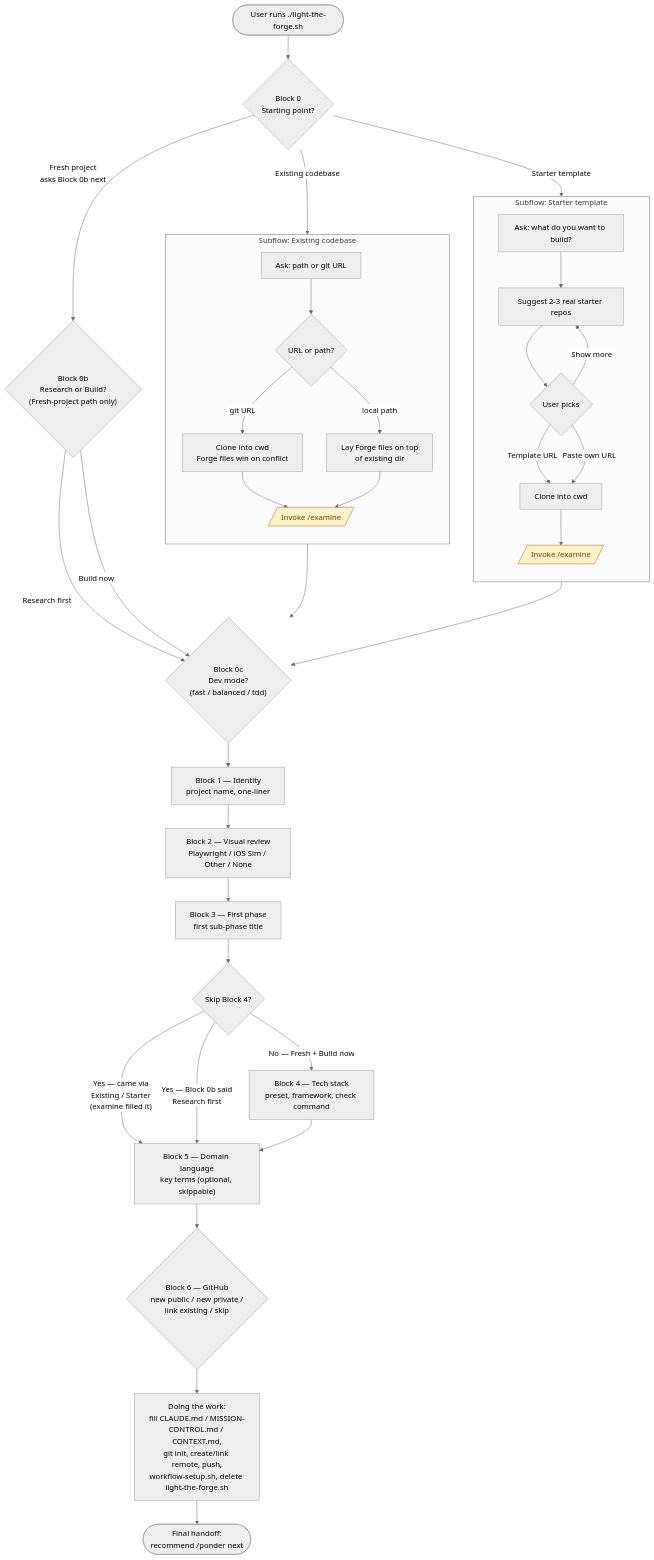
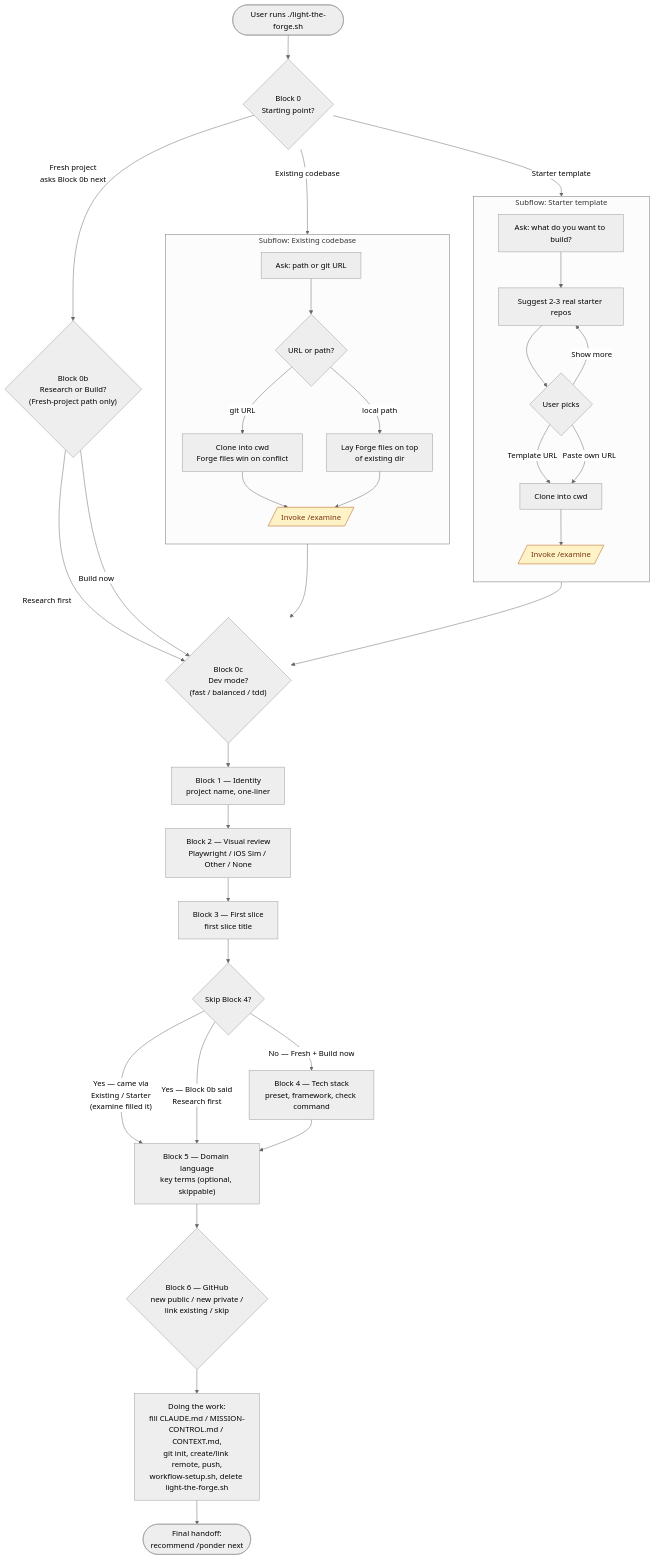
Before and after one commit to NaNathan13/The-Forge: the diagram in docs/workflow/light-the-forge-q-tree.md, drawn with Mermaid (neutral theme). The commit also changed other lines of this file and 15 other files, not shown here.

````diff
--- a/docs/workflow/light-the-forge-q-tree.md
+++ b/docs/workflow/light-the-forge-q-tree.md
@@ -10,64 +10,64 @@
 ```mermaid
 flowchart TD
     Start([User runs ./light-the-forge.sh]) --> B0
 
     B0{"Block 0<br/>Starting point?"}
     B0 -->|Fresh project<br/>asks Block 0b next| B0b
     B0 -->|Existing codebase| SubExisting
     B0 -->|Starter template| SubStarter
 
     subgraph SubExisting["Subflow: Existing codebase"]
         direction TB
         EX1[Ask: path or git URL] --> EX2{URL or path?}
         EX2 -->|git URL| EX3[Clone into cwd<br/>Forge files win on conflict]
         EX2 -->|local path| EX4[Lay Forge files on top<br/>of existing dir]
         EX3 --> EXamine[/Invoke /examine/]
         EX4 --> EXamine
     end
 
     subgraph SubStarter["Subflow: Starter template"]
         direction TB
         ST1[Ask: what do you want to build?] --> ST2[Suggest 2-3 real starter repos]
         ST2 --> ST3{User picks}
         ST3 -->|Template URL| ST4[Clone into cwd]
         ST3 -->|Show more| ST2
         ST3 -->|Paste own URL| ST4
         ST4 --> STamine[/Invoke /examine/]
     end
 
     SubExisting --> B0c
     SubStarter --> B0c
 
     B0b{"Block 0b<br/>Research or Build?<br/>(Fresh-project path only)"}
     B0b -->|Research first| B0c
     B0b -->|Build now| B0c
 
     B0c{"Block 0c<br/>Dev mode?<br/>(fast / balanced / tdd)"}
     B0c --> B1
 
     B1["Block 1 — Identity<br/>project name, one-liner"]
     B1 --> B2
 
     B2["Block 2 — Visual review<br/>Playwright / iOS Sim / Other / None"]
     B2 --> B3
 
-    B3["Block 3 — First phase<br/>first sub-phase title"]
+    B3["Block 3 — First slice<br/>first slice title"]
     B3 --> B4Decide{Skip Block 4?}
 
     B4Decide -->|"Yes — came via<br/>Existing / Starter<br/>(examine filled it)"| B5
     B4Decide -->|"Yes — Block 0b said<br/>Research first"| B5
     B4Decide -->|No — Fresh + Build now| B4
 
     B4["Block 4 — Tech stack<br/>preset, framework, check command"]
     B4 --> B5
 
     B5["Block 5 — Domain language<br/>key terms (optional, skippable)"]
     B5 --> B6
 
     B6{"Block 6 — GitHub<br/>new public / new private /<br/>link existing / skip"}
     B6 --> Work[Doing the work:<br/>fill CLAUDE.md / MISSION-CONTROL.md / CONTEXT.md,<br/>git init, create/link remote, push,<br/>workflow-setup.sh, delete light-the-forge.sh]
     Work --> Done([Final handoff:<br/>recommend /ponder next])
 
     classDef examine fill:#fef3c7,stroke:#b45309,color:#78350f
     class EXamine,STamine examine
 ```
````
